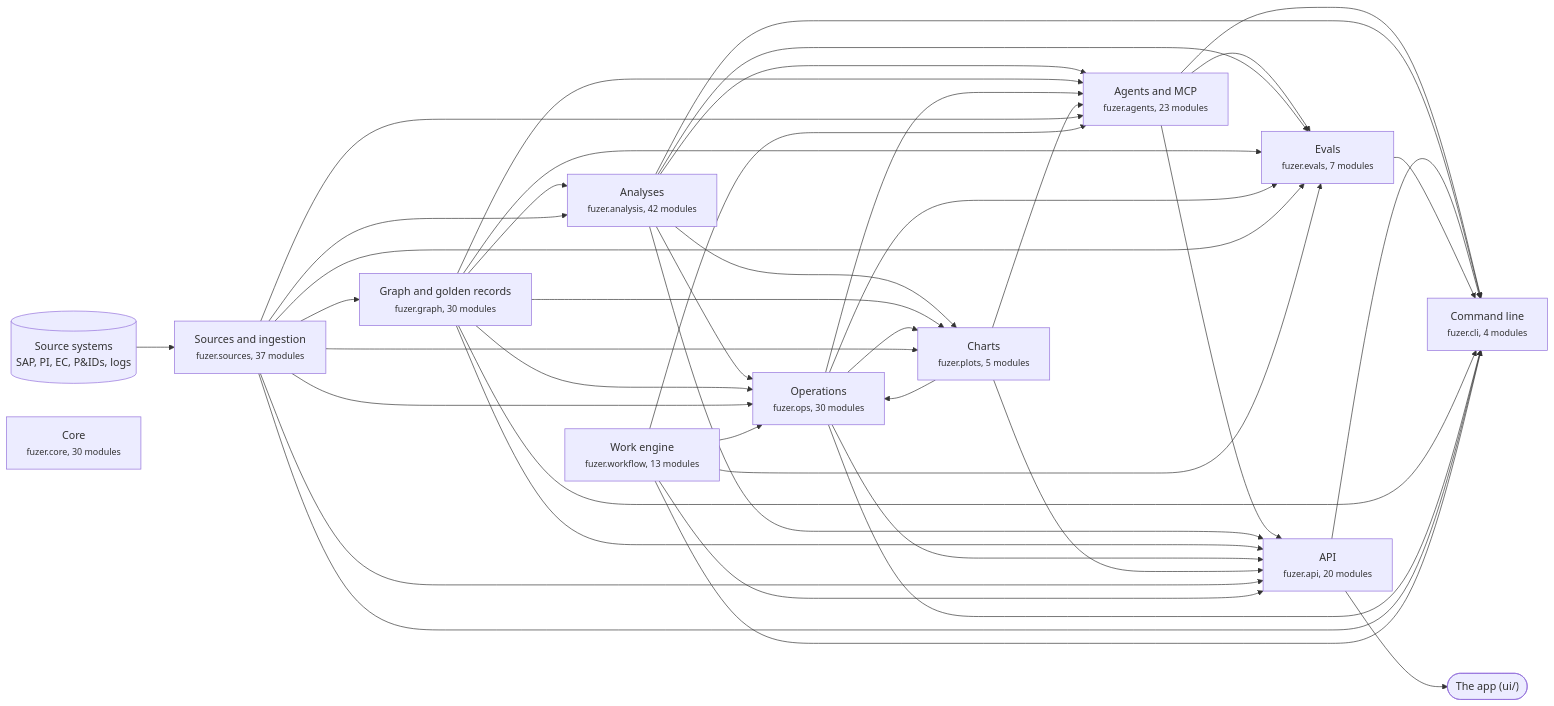
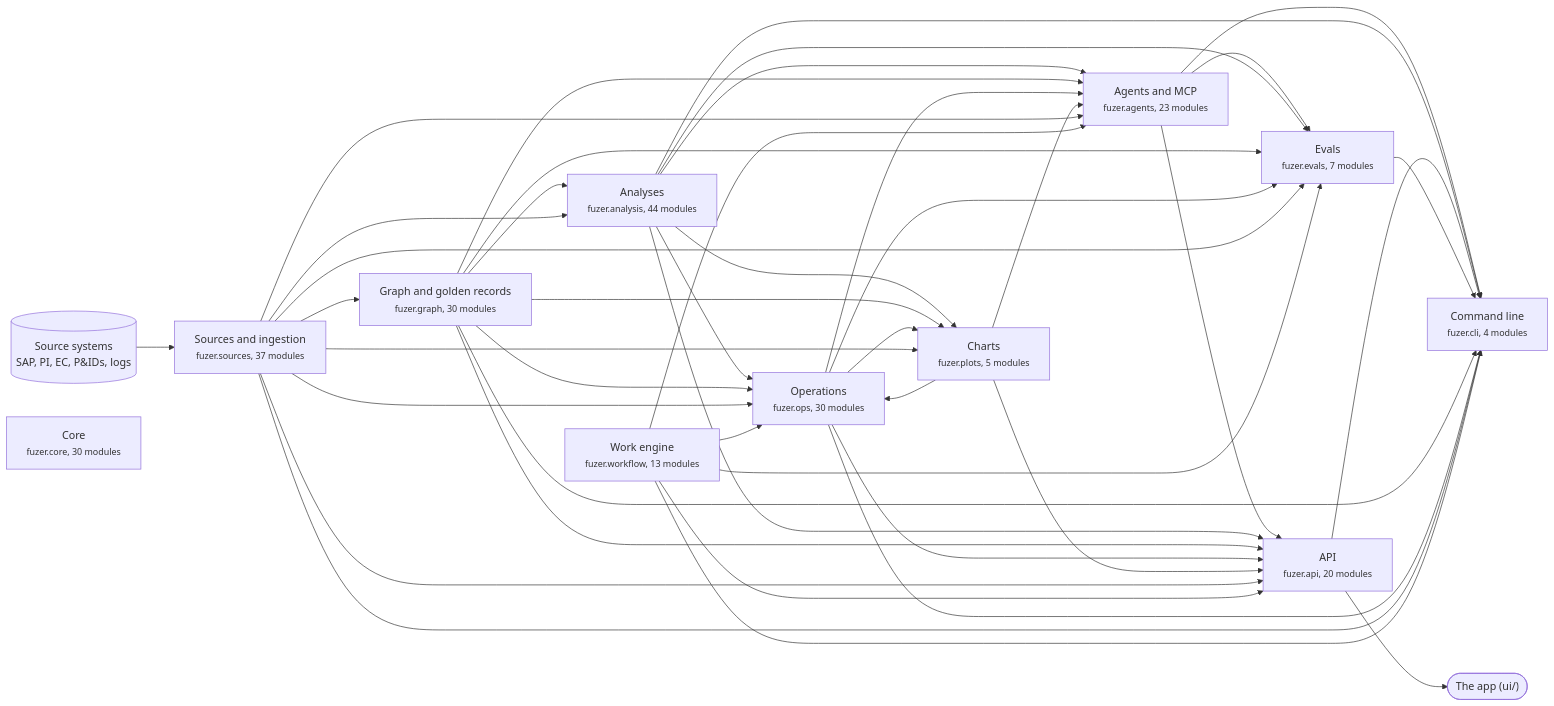
One commit to areed145/fuzer changed the first of 3 diagrams in docs/architecture.md. Above: the diagram before and after it, drawn with Mermaid. The commit also changed other lines of this file and 16 other files, not shown here.

````diff
--- a/docs/architecture.md
+++ b/docs/architecture.md
@@ -8,67 +8,67 @@
 ```mermaid
 flowchart LR
   systems[("Source systems<br>SAP, PI, EC, P&IDs, logs")] --> c_sources
   app(["The app (ui/)"])
   c_api --> app
   c_sources["Sources and ingestion<br><small>fuzer.sources, 37 modules</small>"]
   c_graph["Graph and golden records<br><small>fuzer.graph, 30 modules</small>"]
-  c_analysis["Analyses<br><small>fuzer.analysis, 42 modules</small>"]
+  c_analysis["Analyses<br><small>fuzer.analysis, 44 modules</small>"]
   c_ops["Operations<br><small>fuzer.ops, 30 modules</small>"]
   c_plots["Charts<br><small>fuzer.plots, 5 modules</small>"]
   c_workflow["Work engine<br><small>fuzer.workflow, 13 modules</small>"]
   c_agents["Agents and MCP<br><small>fuzer.agents, 23 modules</small>"]
   c_evals["Evals<br><small>fuzer.evals, 7 modules</small>"]
   c_api["API<br><small>fuzer.api, 20 modules</small>"]
   c_cli["Command line<br><small>fuzer.cli, 4 modules</small>"]
   c_core["Core<br><small>fuzer.core, 30 modules</small>"]
   c_sources --> c_graph
   c_graph --> c_analysis
   c_sources --> c_analysis
   c_analysis --> c_ops
   c_graph --> c_ops
   c_plots --> c_ops
   c_sources --> c_ops
   c_workflow --> c_ops
   c_analysis --> c_plots
   c_graph --> c_plots
   c_ops --> c_plots
   c_sources --> c_plots
   c_analysis --> c_agents
   c_graph --> c_agents
   c_ops --> c_agents
   c_plots --> c_agents
   c_sources --> c_agents
   c_workflow --> c_agents
   c_agents --> c_evals
   c_analysis --> c_evals
   c_graph --> c_evals
   c_ops --> c_evals
   c_sources --> c_evals
   c_workflow --> c_evals
   c_agents --> c_api
   c_analysis --> c_api
   c_graph --> c_api
   c_ops --> c_api
   c_plots --> c_api
   c_sources --> c_api
   c_workflow --> c_api
   c_agents --> c_cli
   c_analysis --> c_cli
   c_api --> c_cli
   c_evals --> c_cli
   c_graph --> c_cli
   c_ops --> c_cli
   c_sources --> c_cli
   c_workflow --> c_cli
   click c_sources "https://github.com/areed145/fuzer/tree/main/src/fuzer/sources"
   click c_graph "https://github.com/areed145/fuzer/tree/main/src/fuzer/graph"
   click c_analysis "https://github.com/areed145/fuzer/tree/main/src/fuzer/analysis"
   click c_ops "https://github.com/areed145/fuzer/tree/main/src/fuzer/ops"
   click c_plots "https://github.com/areed145/fuzer/tree/main/src/fuzer/plots"
   click c_workflow "https://github.com/areed145/fuzer/tree/main/src/fuzer/workflow"
   click c_agents "https://github.com/areed145/fuzer/tree/main/src/fuzer/agents"
   click c_evals "https://github.com/areed145/fuzer/tree/main/src/fuzer/evals"
   click c_api "https://github.com/areed145/fuzer/tree/main/src/fuzer/api"
   click c_cli "https://github.com/areed145/fuzer/tree/main/src/fuzer/cli"
   click c_core "https://github.com/areed145/fuzer/tree/main/src/fuzer/core"
 ```
````
